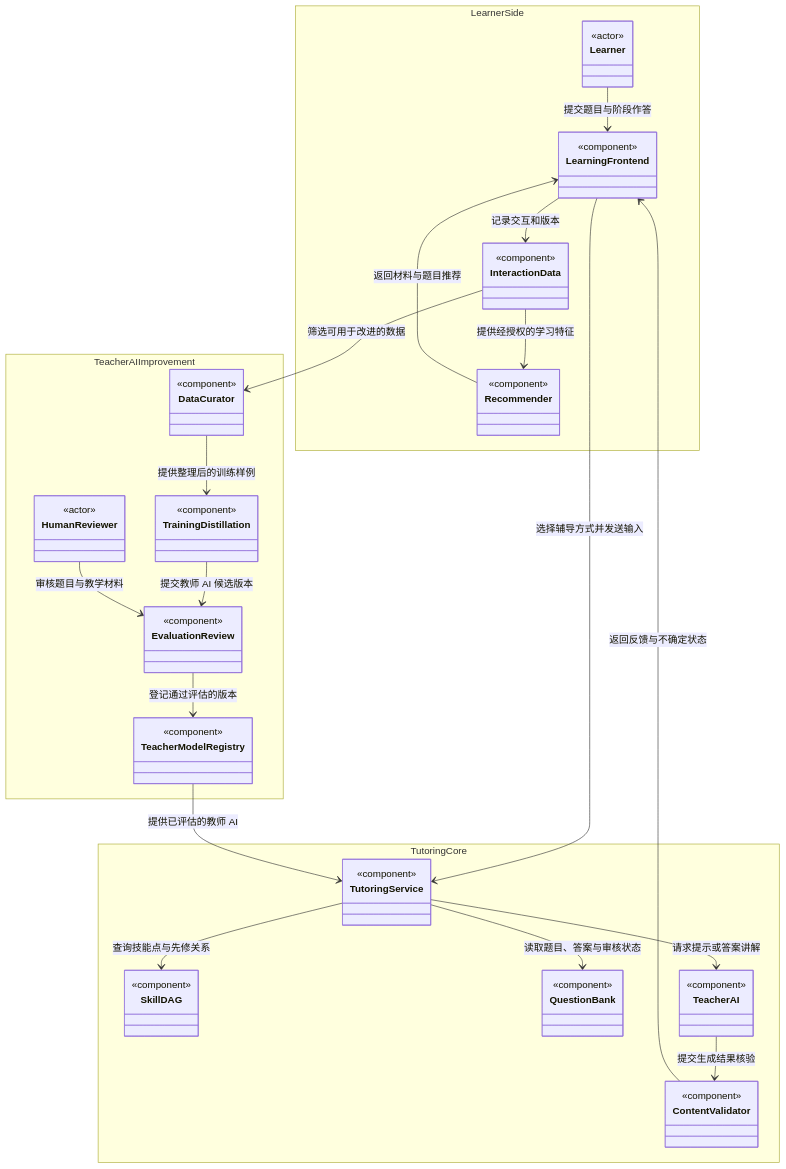
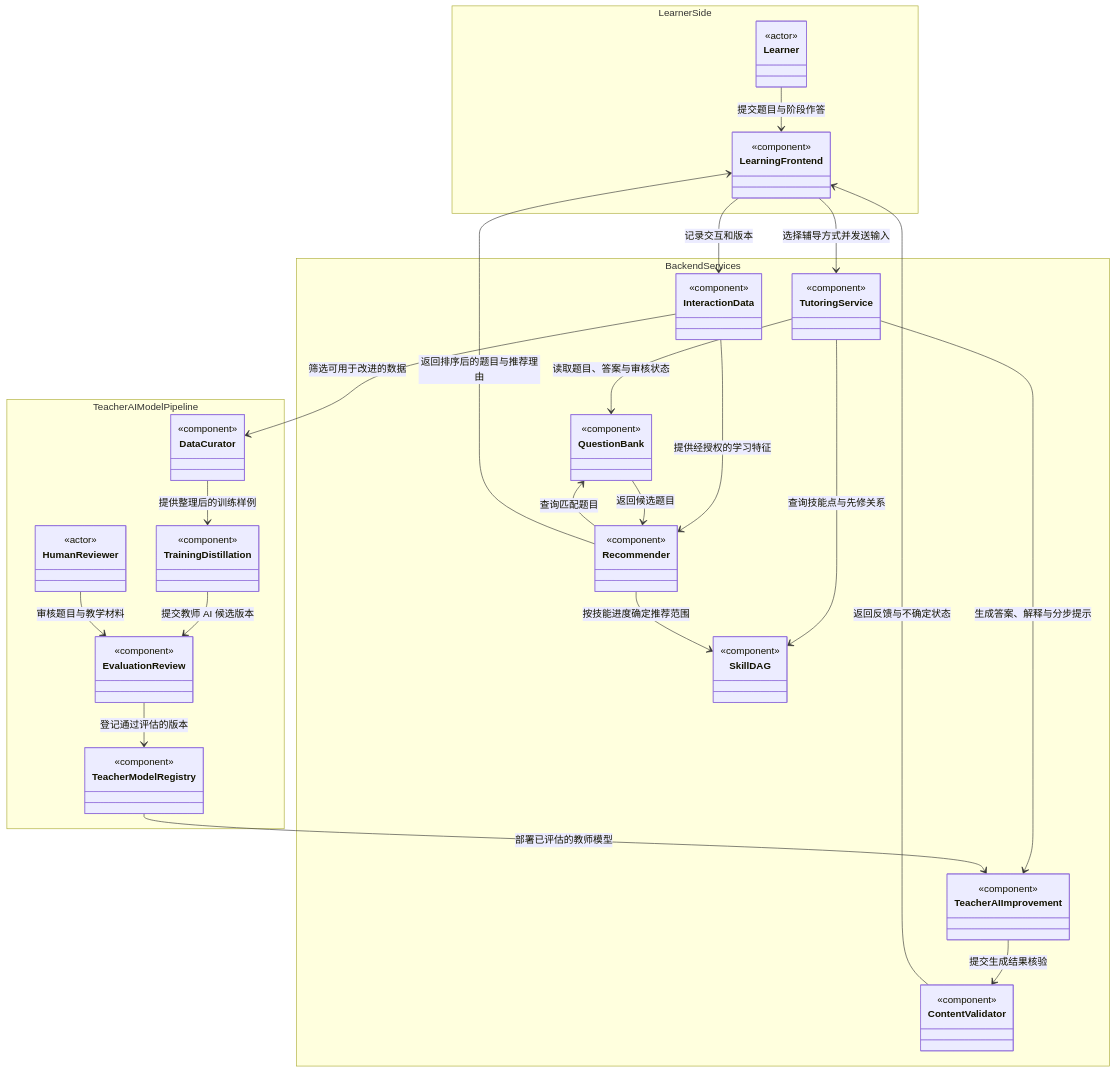
Before and after one commit to WeijieZhu93/hace-lab: the diagram in doc/01-project-introduction.md, drawn with Mermaid. The commit also changed other lines of this file, not shown here.

Commit message:
docs: clarify recommendation and teacher AI flow

````diff
--- a/doc/01-project-introduction.md
+++ b/doc/01-project-introduction.md
@@ -22,70 +22,73 @@
 ```mermaid
 classDiagram
 direction TB
 
 namespace LearnerSide {
   class Learner {
     <<actor>>
   }
   class LearningFrontend {
     <<component>>
   }
-  class InteractionData {
-    <<component>>
-  }
-  class Recommender {
-    <<component>>
-  }
 }
-namespace TutoringCore {
+namespace BackendServices {
   class TutoringService {
     <<component>>
   }
   class SkillDAG {
     <<component>>
   }
   class QuestionBank {
     <<component>>
   }
-  class TeacherAI {
+  class TeacherAIImprovement {
     <<component>>
   }
   class ContentValidator {
     <<component>>
   }
+  class InteractionData {
+    <<component>>
+  }
+  class Recommender {
+    <<component>>
+  }
 }
-namespace TeacherAIImprovement {
+namespace TeacherAIModelPipeline {
   class DataCurator {
     <<component>>
   }
   class TrainingDistillation {
     <<component>>
   }
   class HumanReviewer {
     <<actor>>
   }
   class EvaluationReview {
     <<component>>
   }
   class TeacherModelRegistry {
     <<component>>
   }
 }
 
 Learner --> LearningFrontend : 提交题目与阶段作答
 LearningFrontend --> TutoringService : 选择辅导方式并发送输入
 TutoringService --> SkillDAG : 查询技能点与先修关系
 TutoringService --> QuestionBank : 读取题目、答案与审核状态
-TutoringService --> TeacherAI : 请求提示或答案讲解
-TeacherAI --> ContentValidator : 提交生成结果核验
+TutoringService --> TeacherAIImprovement : 生成答案、解释与分步提示
+TeacherAIImprovement --> ContentValidator : 提交生成结果核验
 ContentValidator --> LearningFrontend : 返回反馈与不确定状态
 LearningFrontend --> InteractionData : 记录交互和版本
 InteractionData --> Recommender : 提供经授权的学习特征
-Recommender --> LearningFrontend : 返回材料与题目推荐
+Recommender --> SkillDAG : 按技能进度确定推荐范围
+Recommender --> QuestionBank : 查询匹配题目
+QuestionBank --> Recommender : 返回候选题目
+Recommender --> LearningFrontend : 返回排序后的题目与推荐理由
 InteractionData --> DataCurator : 筛选可用于改进的数据
 DataCurator --> TrainingDistillation : 提供整理后的训练样例
 TrainingDistillation --> EvaluationReview : 提交教师 AI 候选版本
 HumanReviewer --> EvaluationReview : 审核题目与教学材料
 EvaluationReview --> TeacherModelRegistry : 登记通过评估的版本
-TeacherModelRegistry --> TutoringService : 提供已评估的教师 AI
+TeacherModelRegistry --> TeacherAIImprovement : 部署已评估的教师模型
 ```
````
